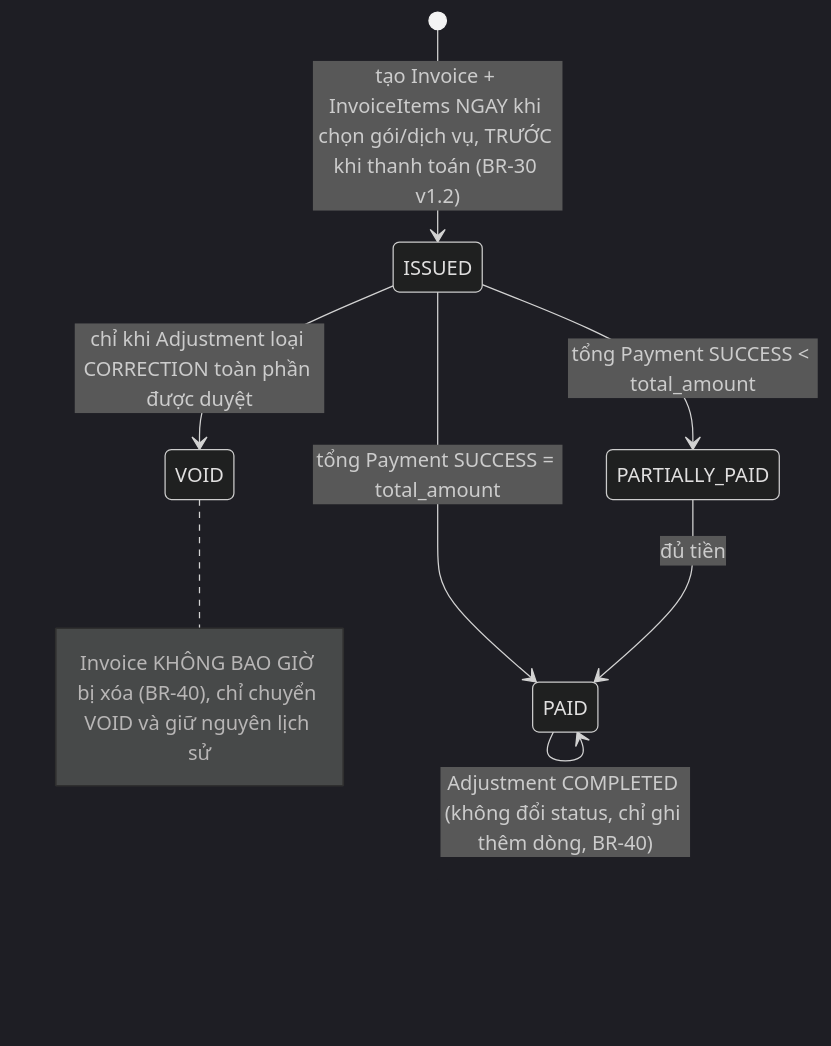
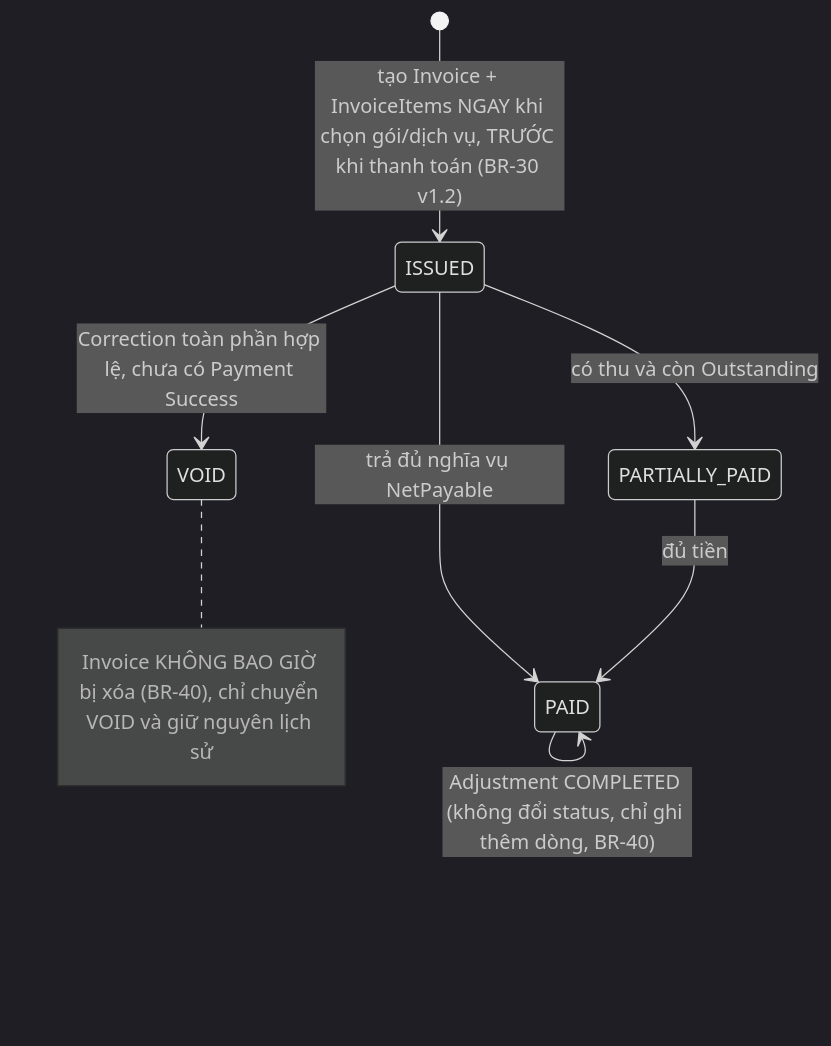
One commit to SWP391-SportHub-Group4/sports-center-management-system changed the fifth of 7 diagrams in docs/Center-Management-System-Design-v2.md. Above: the diagram before and after it, drawn with Mermaid (dark theme). The commit also changed other lines of this file and 10 other files, not shown here.

````diff
--- a/docs/Center-Management-System-Design-v2.md
+++ b/docs/Center-Management-System-Design-v2.md
@@ -367,10 +417,10 @@
 ```mermaid
 stateDiagram-v2
     [*] --> ISSUED: tạo Invoice + InvoiceItems NGAY khi chọn gói/dịch vụ, TRƯỚC khi thanh toán (BR-30 v1.2)
-    ISSUED --> PARTIALLY_PAID: tổng Payment SUCCESS < total_amount
-    ISSUED --> PAID: tổng Payment SUCCESS = total_amount
+    ISSUED --> PARTIALLY_PAID: có thu và còn Outstanding
+    ISSUED --> PAID: trả đủ nghĩa vụ NetPayable
     PARTIALLY_PAID --> PAID: đủ tiền
     PAID --> PAID: Adjustment COMPLETED (không đổi status, chỉ ghi thêm dòng, BR-40)
-    ISSUED --> VOID: chỉ khi Adjustment loại CORRECTION toàn phần được duyệt
+    ISSUED --> VOID: Correction toàn phần hợp lệ, chưa có Payment Success
     note right of VOID: Invoice KHÔNG BAO GIỜ bị xóa (BR-40), chỉ chuyển VOID và giữ nguyên lịch sử
 ```
````
